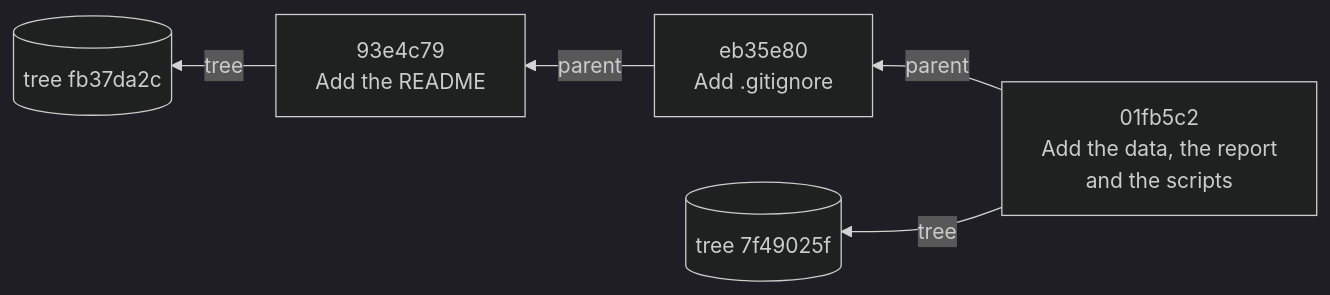
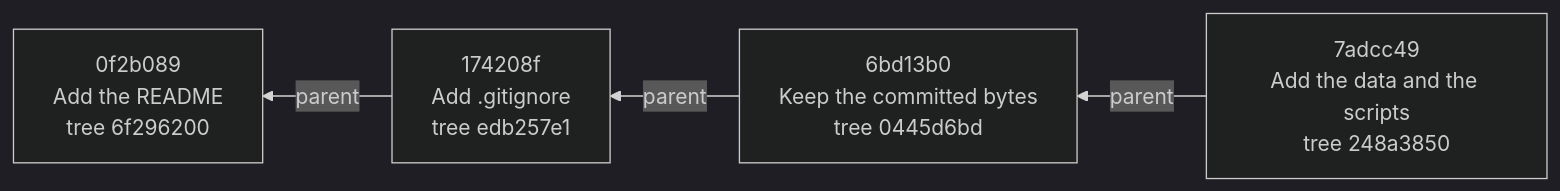
Before and after one commit to MindaugasSarpis/CERN_lessons_on_data_analysis: the second of 9 diagrams in lectures/content/slides/05_Version_Control.md, drawn with Mermaid (dark theme). The commit also changed other lines of this file and 61 other files, not shown here.

````diff
--- a/lectures/content/slides/05_Version_Control.md
+++ b/lectures/content/slides/05_Version_Control.md
@@ -636,8 +639,4 @@
-```mermaid {scale: 0.95}
+```mermaid {scale: 0.9}
 flowchart RL
-    C3["01fb5c2<br/>Add the data, the report<br/>and the scripts"] -- parent --> C2["eb35e80<br/>Add .gitignore"] -- parent --> C1["93e4c79<br/>Add the README"]
-    T3[("tree 7f49025f")]
-    T1[("tree fb37da2c")]
-    C3 -- tree --> T3
-    C1 -- tree --> T1
+    C4["7adcc49<br/>Add the data and the scripts<br/>tree 248a3850"] -- parent --> C3["6bd13b0<br/>Keep the committed bytes<br/>tree 0445d6bd"] -- parent --> C2["174208f<br/>Add .gitignore<br/>tree edb257e1"] -- parent --> C1["0f2b089<br/>Add the README<br/>tree 6f296200"]
 ```
````
